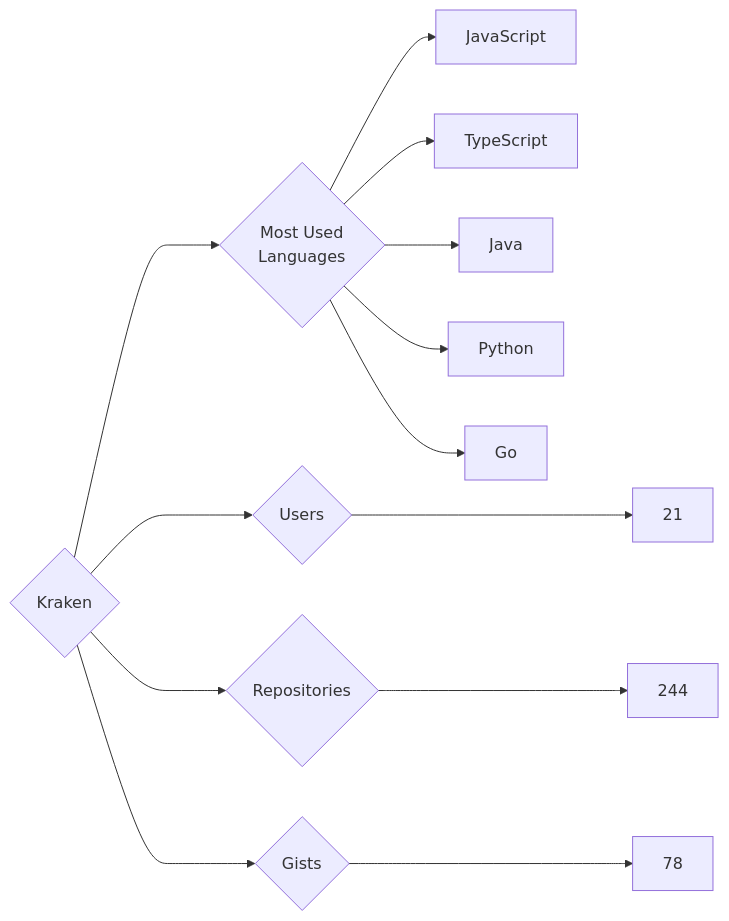
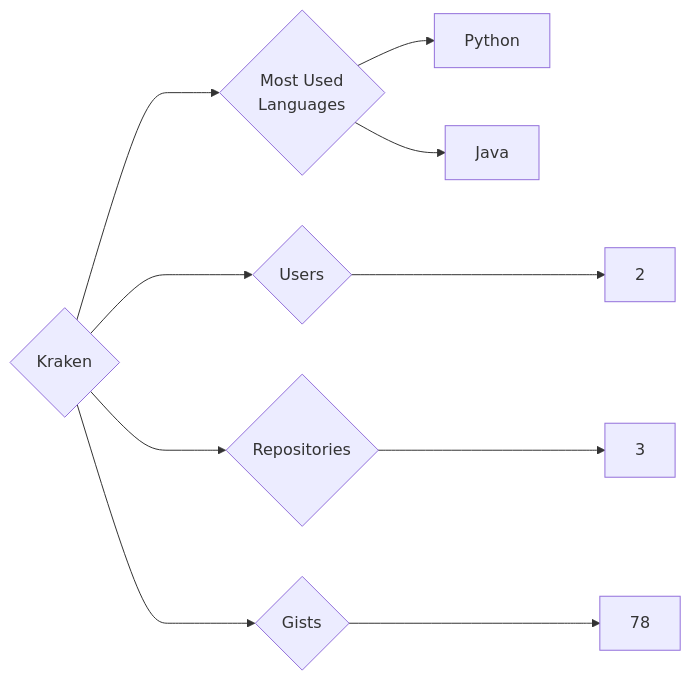
Before and after one commit to trickest/insiders: the diagram in targets/Kraken/README.md, drawn with Mermaid. The commit also changed 553 other files, not shown here.

````diff
--- a/targets/Kraken/README.md
+++ b/targets/Kraken/README.md
@@ -3,13 +3,10 @@
 ```mermaid
 graph LR
 COMPANY_NAME{Kraken}
-COMPANY_NAME ---> U{Users} ---> UN[21]
-COMPANY_NAME ---> R{Repositories} ---> RN[244]
+COMPANY_NAME ---> U{Users} ---> UN[2]
+COMPANY_NAME ---> R{Repositories} ---> RN[3]
 COMPANY_NAME ---> G{Gists} ---> GN[78]
 COMPANY_NAME ---> ML{Most Used<br>Languages}
-ML --> JavaScript[JavaScript]
-ML --> TypeScript[TypeScript]
+ML --> Python[Python]
 ML --> Java[Java]
-ML --> Python[Python]
-ML --> Go[Go]
 ```
````
